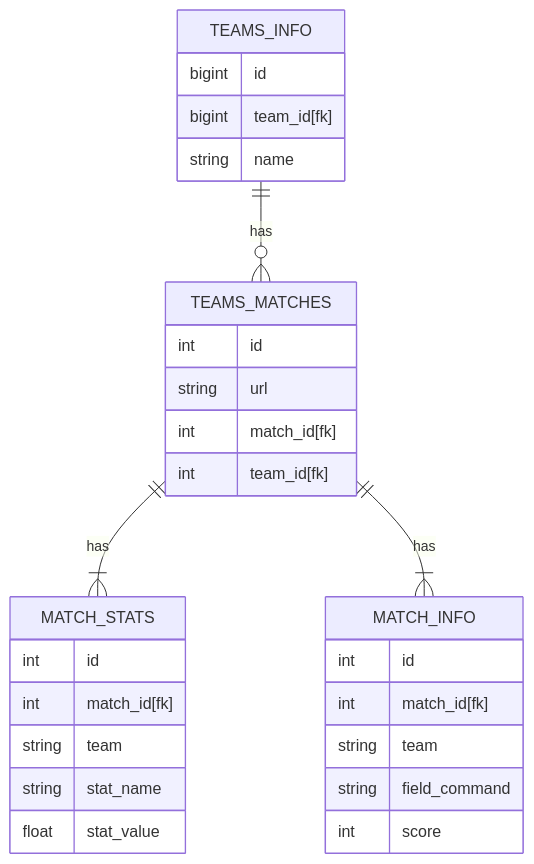
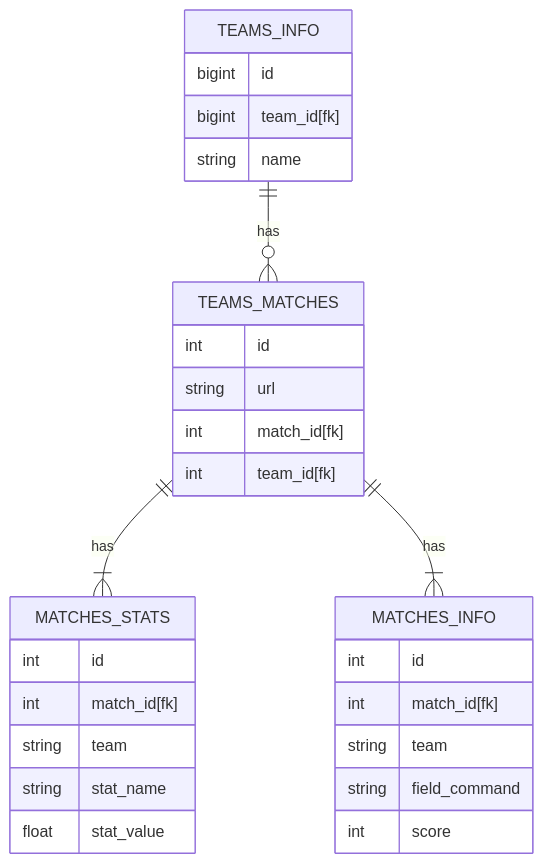
Before and after one commit to nahumsa/scrape-brasileirao-dataset: the first of 2 diagrams in README.md, drawn with Mermaid.

Commit message:
fix column names

````diff
--- a/README.md
+++ b/README.md
@@ -16,31 +16,31 @@
 ```mermaid
 erDiagram
     TEAMS_INFO ||--o{ TEAMS_MATCHES : has
-    TEAMS_MATCHES ||--|{ MATCH_STATS : has
-    TEAMS_MATCHES ||--|{ MATCH_INFO : has
+    TEAMS_MATCHES ||--|{ MATCHES_STATS : has
+    TEAMS_MATCHES ||--|{ MATCHES_INFO : has
     TEAMS_INFO {
         bigint id
         bigint team_id[fk]
         string name
     }
     TEAMS_MATCHES {
         int id
         string url
         int match_id[fk]
         int team_id[fk]
     }
-    MATCH_INFO {
+    MATCHES_INFO {
         int id
         int match_id[fk]
         string team
         string field_command
         int score
     }
-    MATCH_STATS {
+    MATCHES_STATS {
         int id
         int match_id[fk]
         string team
         string stat_name
         float stat_value
     }
 ```
````
